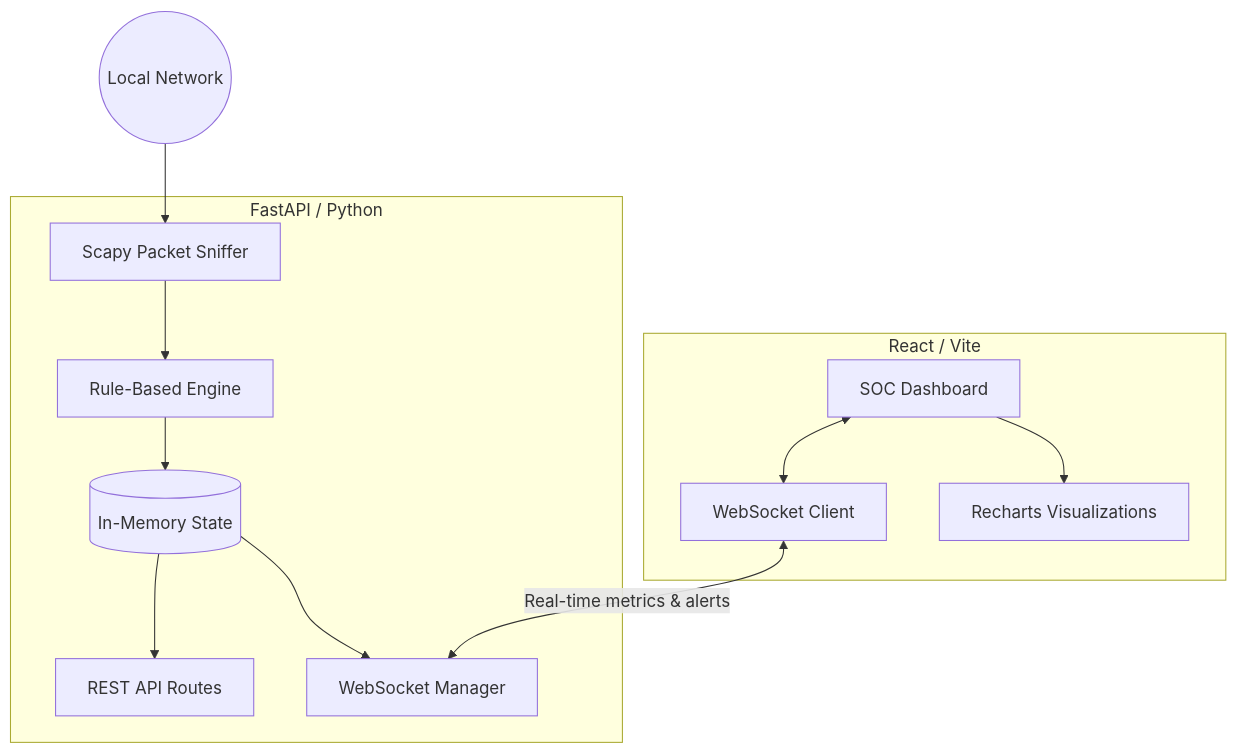
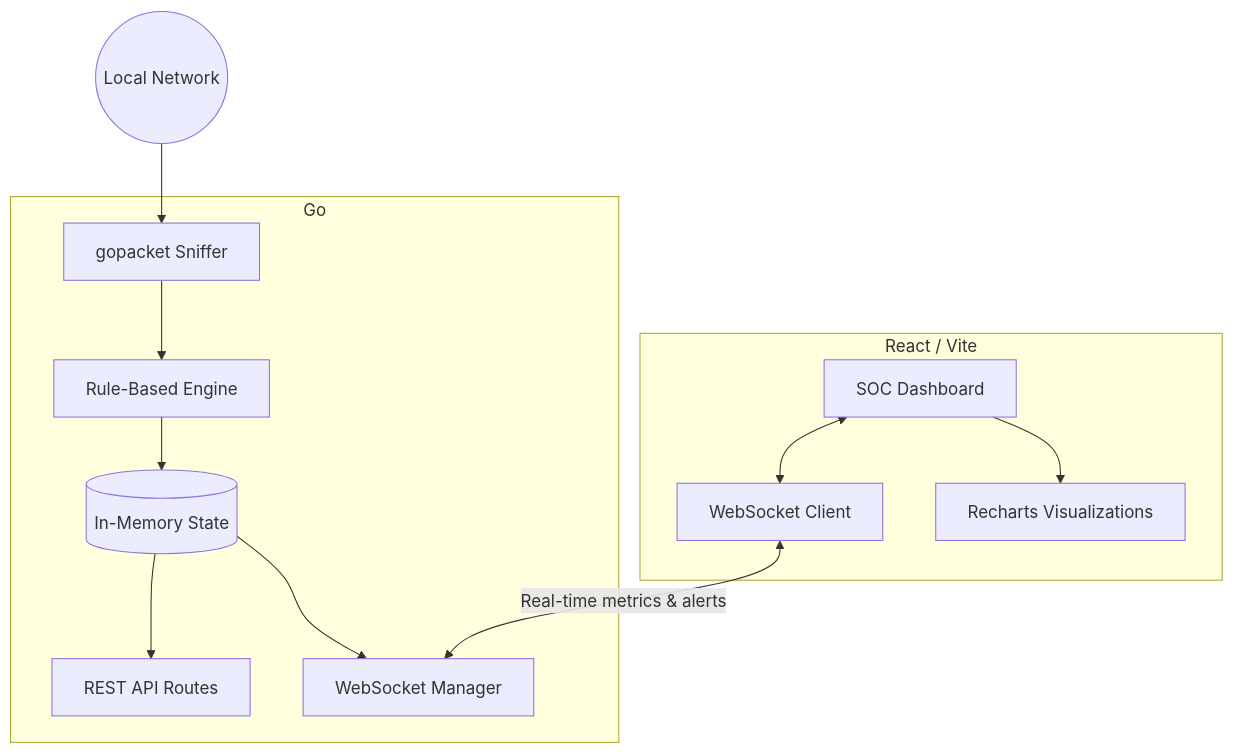
One commit to Achyuthjogi/unstable-IDPS changed the diagram in README.md. Above: the diagram before and after it, drawn with Mermaid. The commit also changed other lines of this file and 22 other files, not shown here.

````diff
--- a/README.md
+++ b/README.md
@@ -20,27 +20,27 @@
 ```mermaid
 graph TD
     subgraph Frontend [React / Vite]
         UI[SOC Dashboard]
         WS_Client[WebSocket Client]
         Charts[Recharts Visualizations]
         
         UI --> Charts
         UI <--> WS_Client
     end
 
-    subgraph Backend [FastAPI / Python]
+    subgraph Backend [Go]
         API[REST API Routes]
         WS_Server[WebSocket Manager]
         State[(In-Memory State)]
         Detection[Rule-Based Engine]
-        Capture[Scapy Packet Sniffer]
+        Capture[gopacket Sniffer]
         
         Capture --> Detection
         Detection --> State
         State --> WS_Server
         State --> API
     end
 
     WS_Client <-->|Real-time metrics & alerts| WS_Server
     Network((Local Network)) --> Capture
 ```
````
